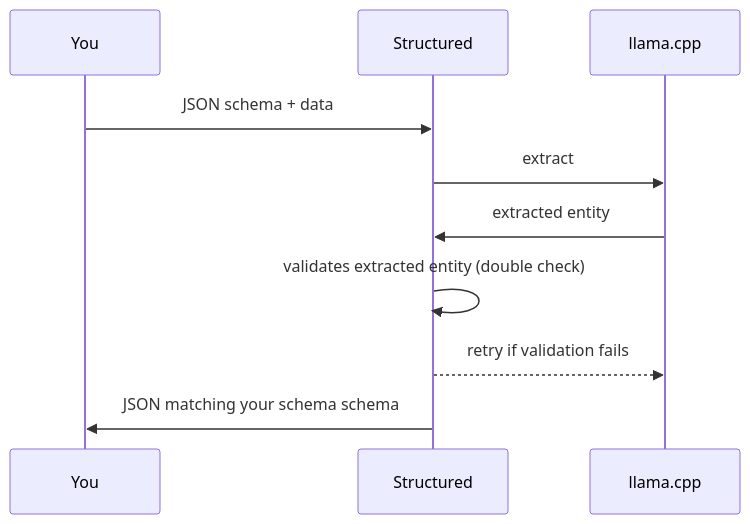
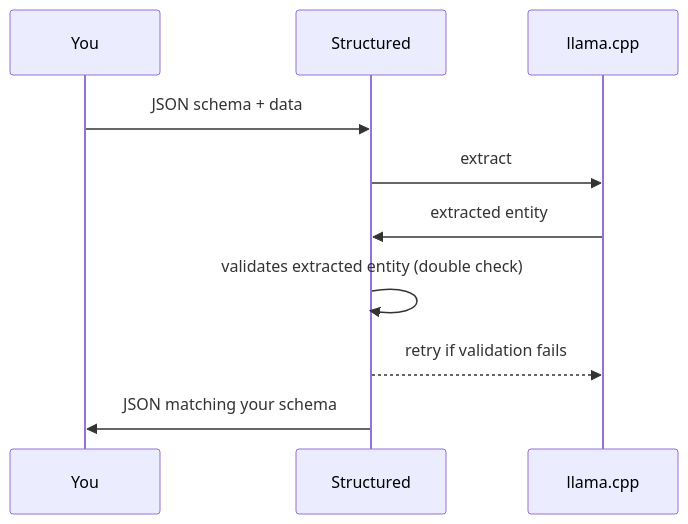
One commit to distantmagic/structured changed the diagram in README.md. Above: the diagram before and after it, drawn with Mermaid. The commit also changed other lines of this file, not shown here.

````diff
--- a/README.md
+++ b/README.md
@@ -17,9 +17,9 @@
 ```mermaid
 sequenceDiagram
     You->>Structured: JSON schema + data
     Structured->>llama.cpp: extract
     llama.cpp->>Structured: extracted entity
     Structured->>Structured: validates extracted entity (double check)
     Structured-->>llama.cpp: retry if validation fails
-    Structured->>You: JSON matching your schema schema
+    Structured->>You: JSON matching your schema
 ```
````
